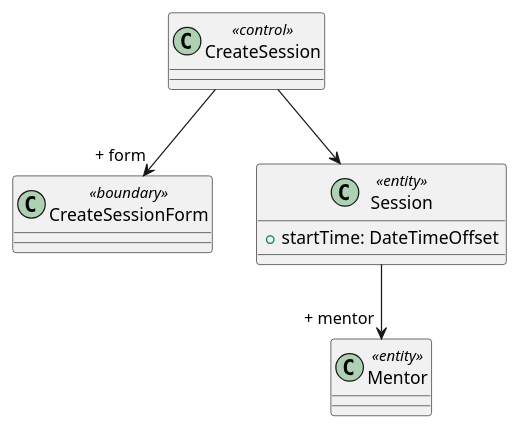
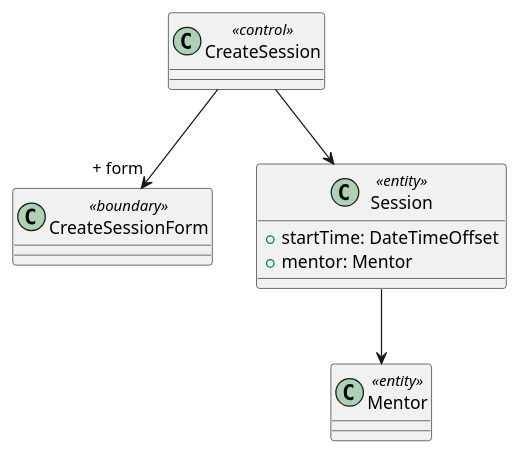
Before and after one commit to bmb0136/COMP-3700-Project: the second of 2 diagrams in Use Cases/CreateSession.iuml, drawn with PlantUML. The commit also changed 4 other files, not shown here.

```diff
--- a/Use Cases/CreateSession.iuml
+++ b/Use Cases/CreateSession.iuml
@@ -38,11 +38,14 @@
 @startuml Create Session Object Model
 class CreateSession <<control>>
 class CreateSessionForm <<boundary>>
 class Mentor <<entity>> {}
 class Session <<entity>> {
   + startTime: DateTimeOffset
 }
 CreateSession --> "+ form" CreateSessionForm
 CreateSession --> Session
-Session --> "+ mentor" Mentor
+Session --> Mentor
+class Session {
+  + mentor: Mentor
+}
 @enduml
```
